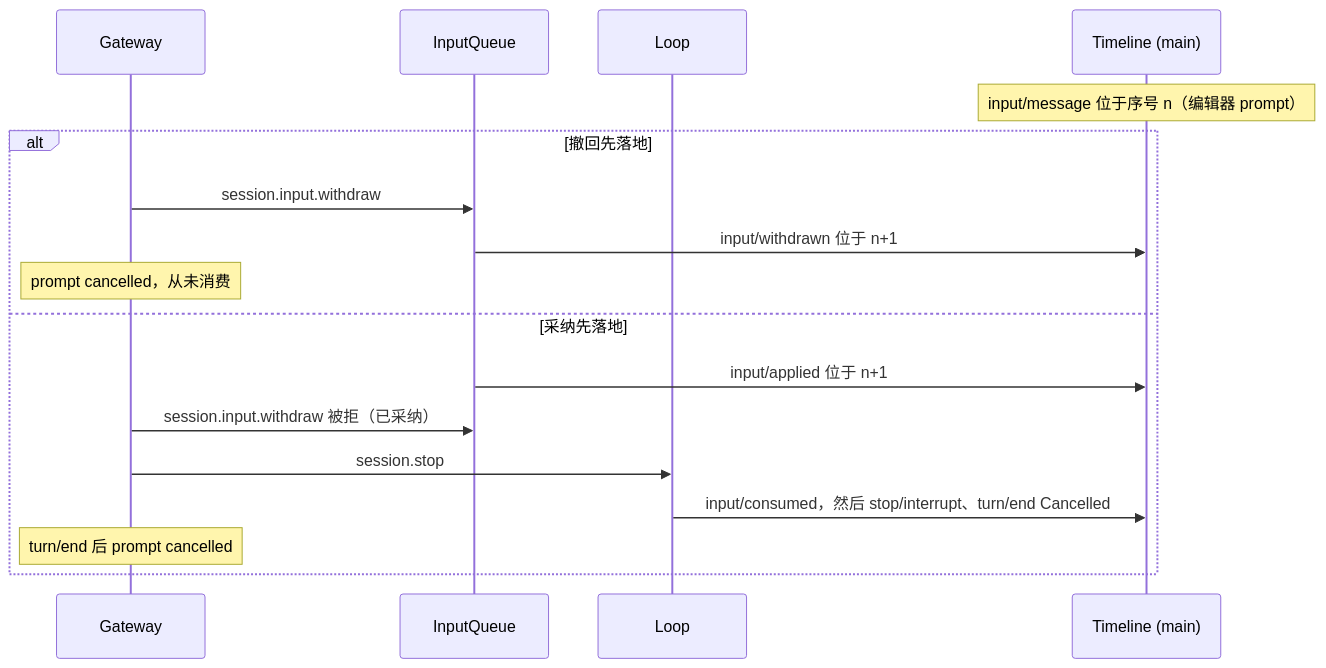
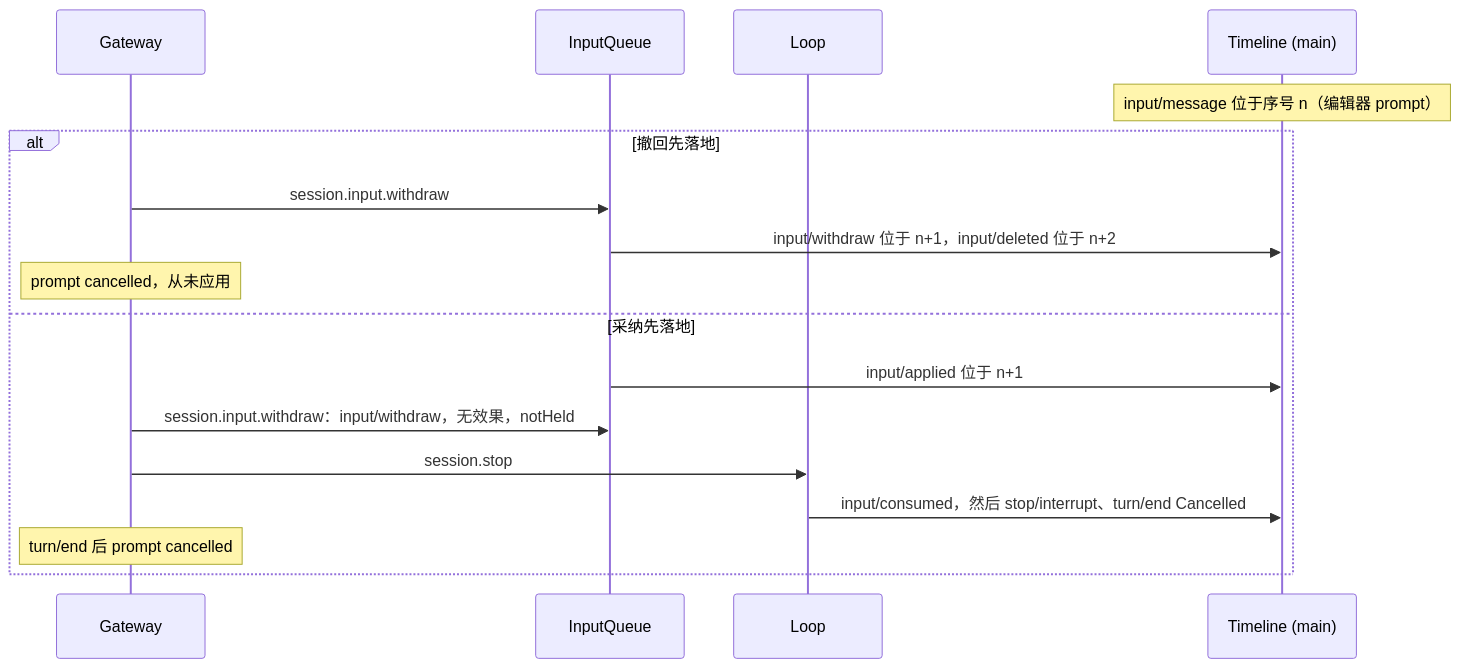
The fifth of 5 diagrams in docs/zh/design/plugins/AcpGateway.md (CoutinhoTTS/dim-agent), drawn with Mermaid before and after one commit. The commit also changed other lines of this file and 18 other files, not shown here.

````diff
--- a/docs/zh/design/plugins/AcpGateway.md
+++ b/docs/zh/design/plugins/AcpGateway.md
@@ -125,19 +125,19 @@
 ```mermaid
 sequenceDiagram
   participant G as Gateway
   participant IQ as InputQueue
   participant L as Loop
   participant TL as Timeline (main)
   Note over TL: input/message 位于序号 n（编辑器 prompt）
   alt 撤回先落地
     G->>IQ: session.input.withdraw
-    IQ->>TL: input/withdrawn 位于 n+1
-    Note over G: prompt cancelled，从未消费
+    IQ->>TL: input/withdraw 位于 n+1，input/deleted 位于 n+2
+    Note over G: prompt cancelled，从未应用
   else 采纳先落地
     IQ->>TL: input/applied 位于 n+1
-    G->>IQ: session.input.withdraw 被拒（已采纳）
+    G->>IQ: session.input.withdraw：input/withdraw，无效果，notHeld
     G->>L: session.stop
     L->>TL: input/consumed，然后 stop/interrupt、turn/end Cancelled
     Note over G: turn/end 后 prompt cancelled
   end
 ```
````
